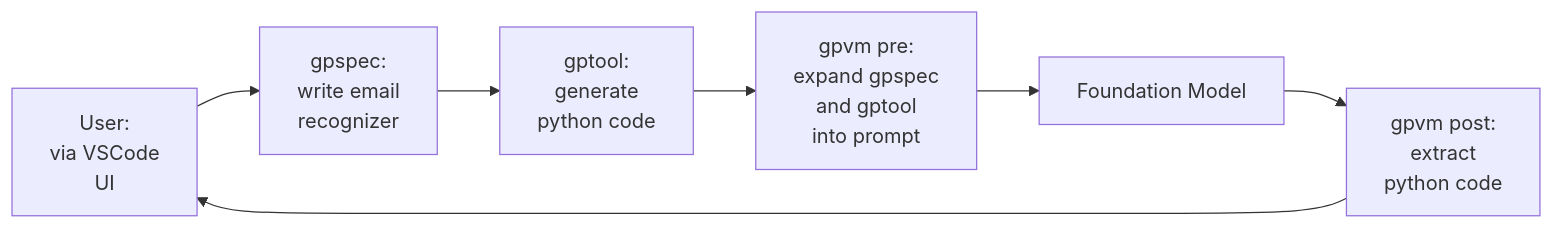
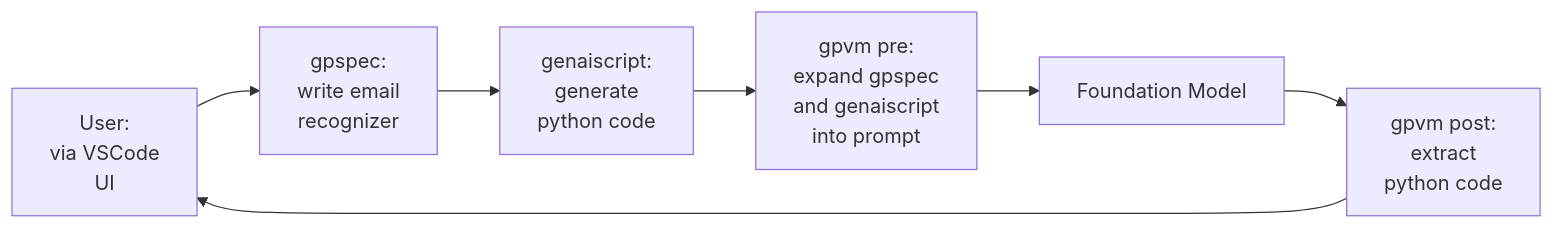
Before and after one commit to microsoft/genaiscript: the first of 2 diagrams in packages/whitepaper/gptools-overview.md, drawn with Mermaid. The commit also changed other lines of this file and 31 other files, not shown here.

````diff
--- a/packages/whitepaper/gptools-overview.md
+++ b/packages/whitepaper/gptools-overview.md
@@ -20,9 +20,9 @@
 ```mermaid
 graph LR
 F[User:\nvia VSCode\n UI] --> G[gpspec:\nwrite email\n recognizer]
-G --> A[gptool:\ngenerate\npython code]
-A --> C[gpvm pre:\nexpand gpspec\nand gptool\ninto prompt]
+G --> A[genaiscript:\ngenerate\npython code]
+A --> C[gpvm pre:\nexpand gpspec\nand genaiscript\ninto prompt]
 C --> D[Foundation Model]
 D --> E[gpvm post:\nextract\npython code]
 E --> F
 ```
````
